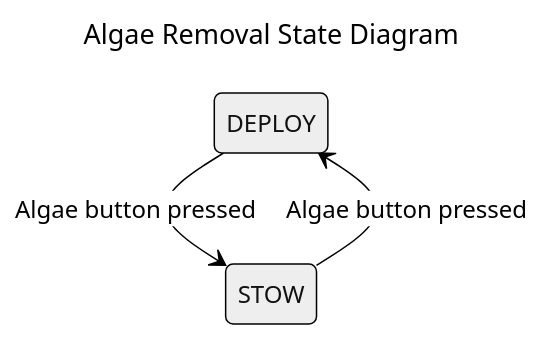
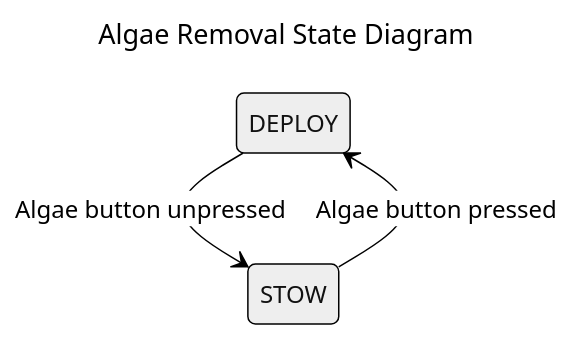
One commit to Tino-FRC-2473/FRC2025 changed the diagram in doc/AlgaeFSM.md. Above: the diagram before and after it, drawn with Mermaid (neutral theme). The commit also changed 2 other files, not shown here.

Commit message:
Rework algae arm to use deadman's switch

````diff
--- a/doc/AlgaeFSM.md
+++ b/doc/AlgaeFSM.md
@@ -3,13 +3,13 @@
 ```mermaid
 ---
 title: Algae Removal State Diagram
 ---
 stateDiagram-v2
 
 state DEPLOY
 state STOW
 
-DEPLOY --> STOW: Algae button pressed
+DEPLOY --> STOW: Algae button unpressed
 STOW --> DEPLOY: Algae button pressed
 
 ```
````
